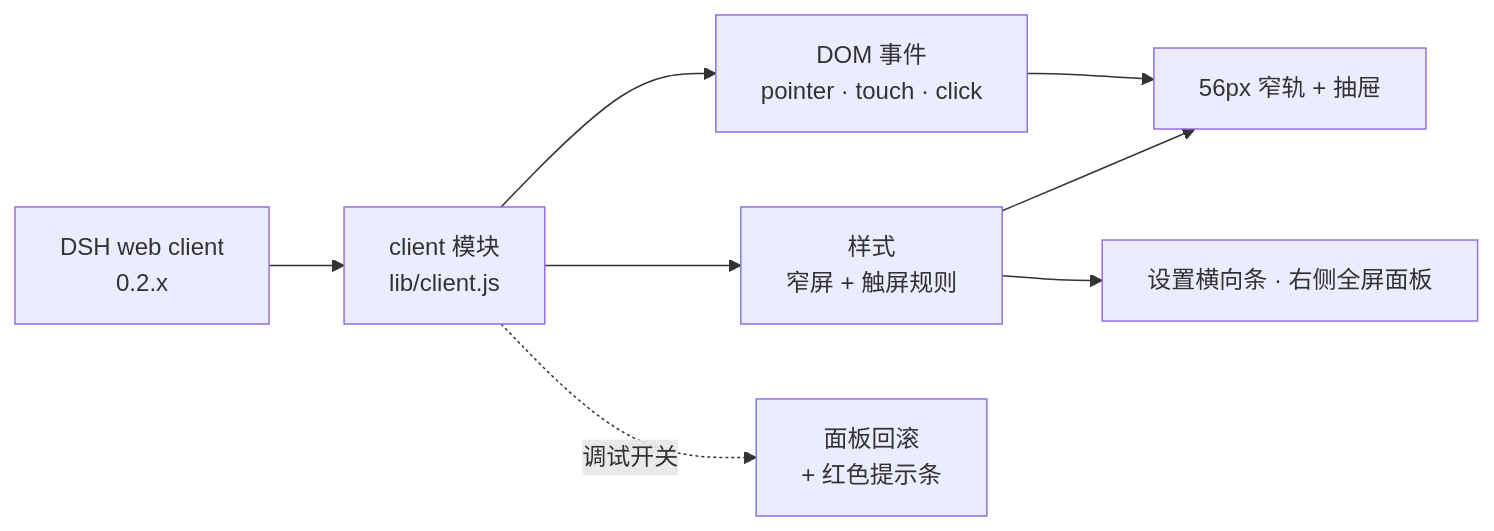
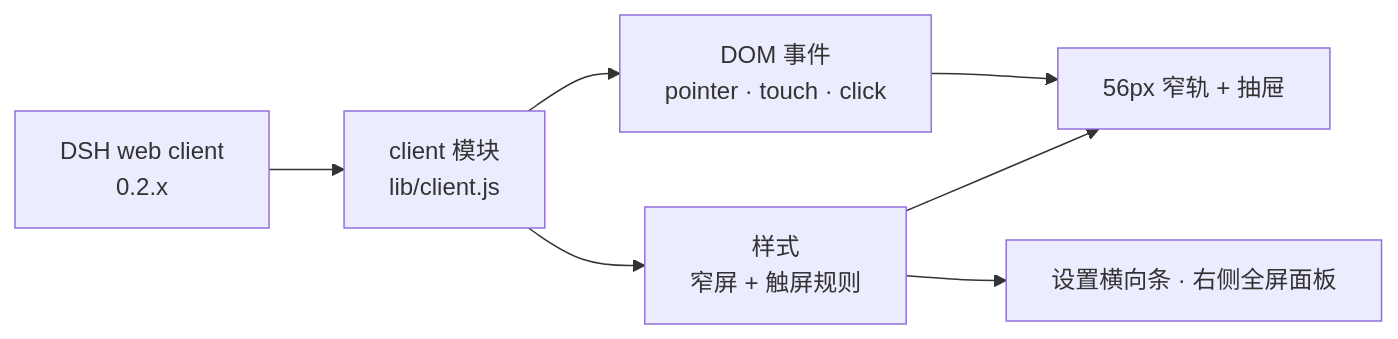
One commit to zven73/dsh-mobile-fix changed the diagram in README.zh.md. Above: the diagram before and after it, drawn with Mermaid. The commit also changed other lines of this file and 9 other files, not shown here.

````diff
--- a/README.zh.md
+++ b/README.zh.md
@@ -68,10 +68,9 @@
 ```mermaid
 flowchart LR
   A[DSH web client<br/>0.2.x] --> B[client 模块<br/>lib/client.js]
   B --> C[样式<br/>窄屏 + 触屏规则]
   B --> D[DOM 事件<br/>pointer · touch · click]
   C --> E[56px 窄轨 + 抽屉]
   C --> F[设置横向条 · 右侧全屏面板]
   D --> E
-  B -. 调试开关 .-> G[面板回滚<br/>+ 红色提示条]
 ```
````
